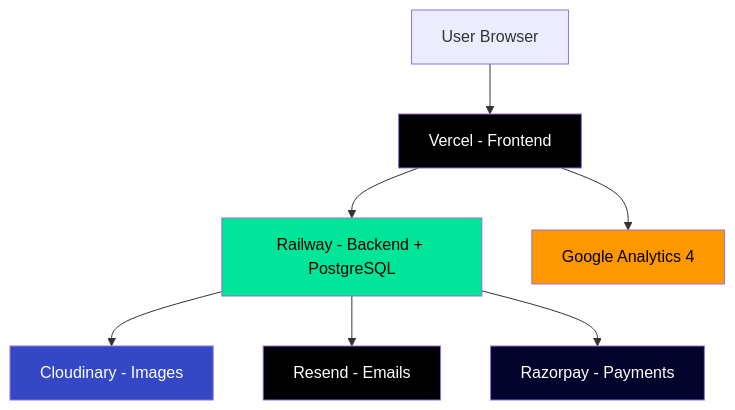
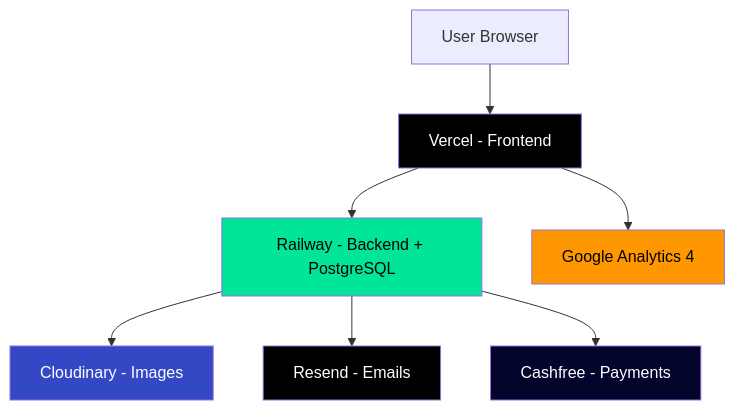
One commit to DikshantAgarwal/ecommerce changed the diagram in docs/handbook/06_Deployment_Guide.md. Above: the diagram before and after it, drawn with Mermaid. The commit also changed other lines of this file and 7 other files, not shown here.

First line of the commit message:
docs: switch payment provider from Razorpay to Cashfree

````diff
--- a/docs/handbook/06_Deployment_Guide.md
+++ b/docs/handbook/06_Deployment_Guide.md
@@ -17,17 +17,17 @@
 ```mermaid
 graph TB
     User[User Browser] --> Vercel[Vercel - Frontend]
     Vercel --> Railway[Railway - Backend + PostgreSQL]
     Railway --> Cloudinary[Cloudinary - Images]
     Railway --> Resend[Resend - Emails]
-    Railway --> Razorpay[Razorpay - Payments]
+    Railway --> Cashfree[Cashfree - Payments]
     Vercel --> GA4[Google Analytics 4]
     
     style Vercel fill:#000,color:#fff
     style Railway fill:#7B3FE4,color:#fff
     style Railway fill:#00E599,color:#000
     style Cloudinary fill:#3448C5,color:#fff
     style Resend fill:#000,color:#fff
-    style Razorpay fill:#02042C,color:#fff
+    style Cashfree fill:#02042C,color:#fff
     style GA4 fill:#FF9800,color:#000
 ```
````
